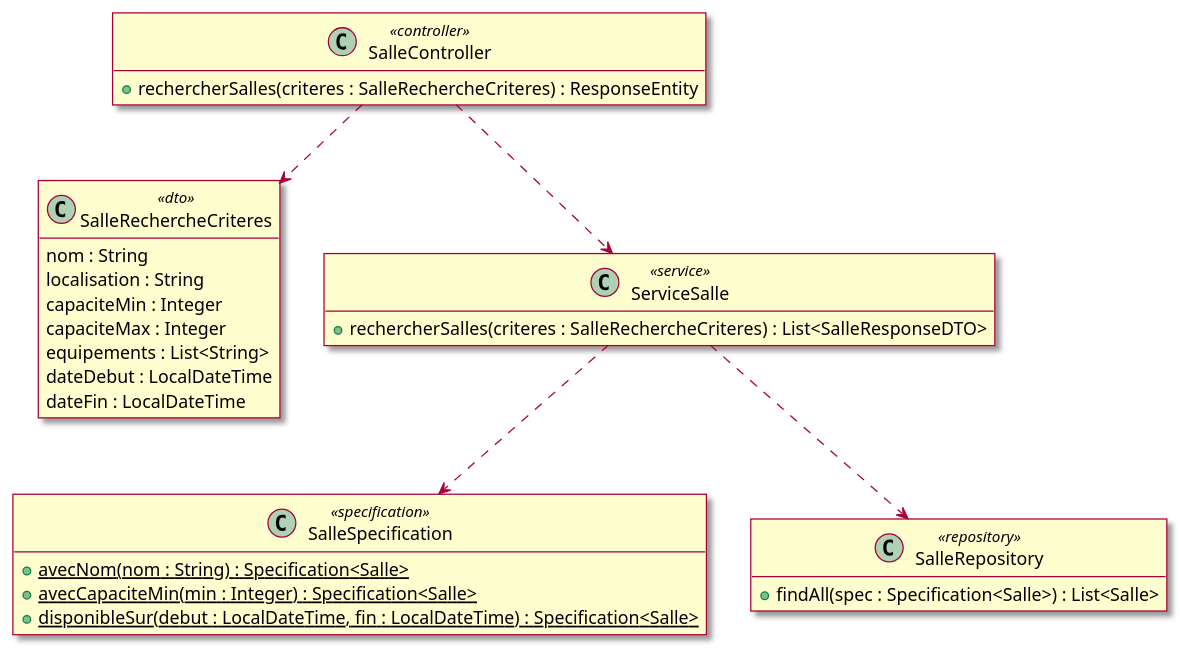
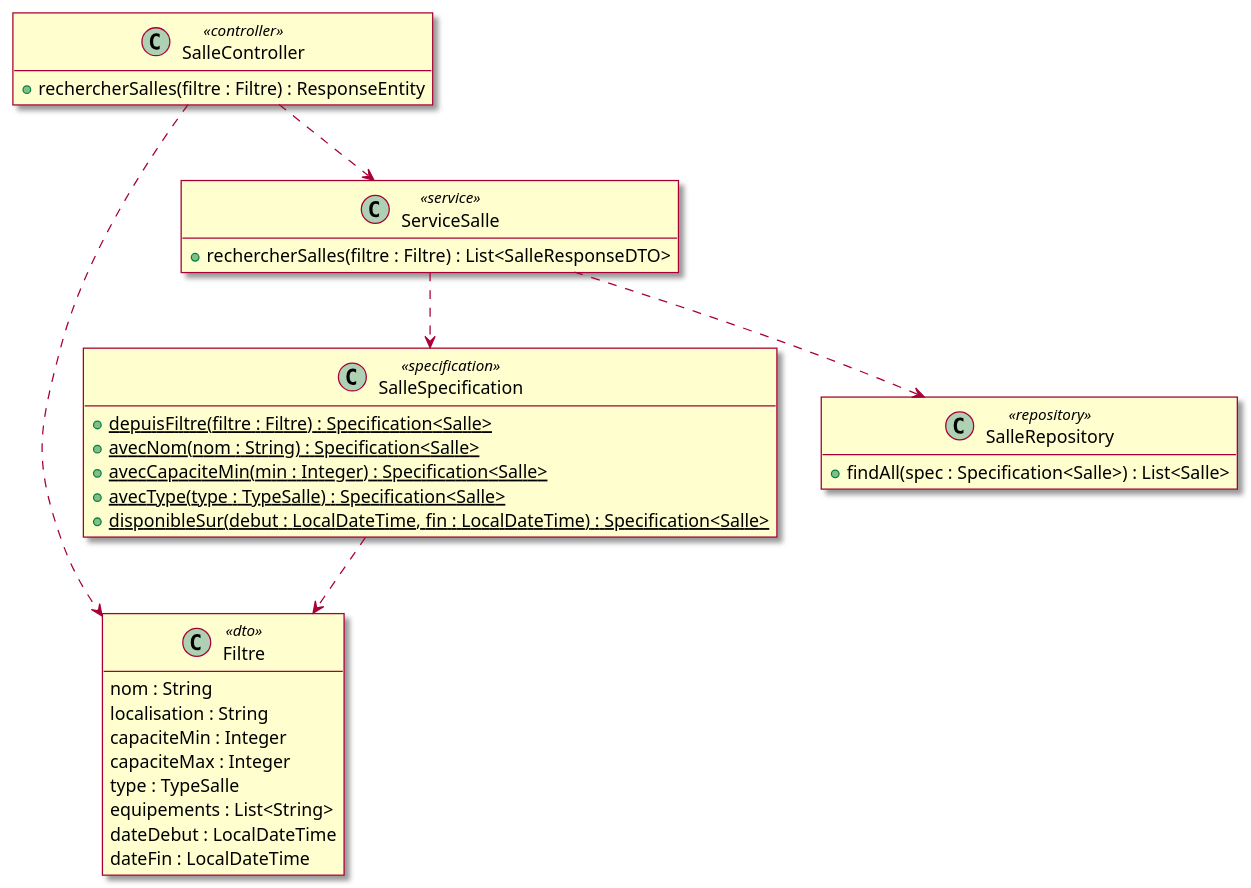
Before and after one commit to mrajaonson/glg204-room-management-system: diagram 19 of 38 in docs/03-Conception.md, drawn with PlantUML. The commit also changed other lines of this file and 4 other files, not shown here.

````diff
--- a/docs/03-Conception.md
+++ b/docs/03-Conception.md
@@ -948,39 +973,43 @@
 ```plantuml
 @startuml
 skin rose
 hide empty members
 
 class SalleController <<controller>> {
-  + rechercherSalles(criteres : SalleRechercheCriteres) : ResponseEntity
+  + rechercherSalles(filtre : Filtre) : ResponseEntity
 }
 
-class SalleRechercheCriteres <<dto>> {
+class Filtre <<dto>> {
   nom : String
   localisation : String
   capaciteMin : Integer
   capaciteMax : Integer
+  type : TypeSalle
   equipements : List<String>
   dateDebut : LocalDateTime
   dateFin : LocalDateTime
 }
 
 class ServiceSalle <<service>> {
-  + rechercherSalles(criteres : SalleRechercheCriteres) : List<SalleResponseDTO>
+  + rechercherSalles(filtre : Filtre) : List<SalleResponseDTO>
 }
 
 class SalleSpecification <<specification>> {
+  + {static} depuisFiltre(filtre : Filtre) : Specification<Salle>
   + {static} avecNom(nom : String) : Specification<Salle>
   + {static} avecCapaciteMin(min : Integer) : Specification<Salle>
+  + {static} avecType(type : TypeSalle) : Specification<Salle>
   + {static} disponibleSur(debut : LocalDateTime, fin : LocalDateTime) : Specification<Salle>
 }
 
 class SalleRepository <<repository>> {
   + findAll(spec : Specification<Salle>) : List<Salle>
 }
 
-SalleController ..> SalleRechercheCriteres
+SalleController ..> Filtre
 SalleController ..> ServiceSalle
 ServiceSalle ..> SalleSpecification
 ServiceSalle ..> SalleRepository
+SalleSpecification ..> Filtre
 @enduml
 ```
````
